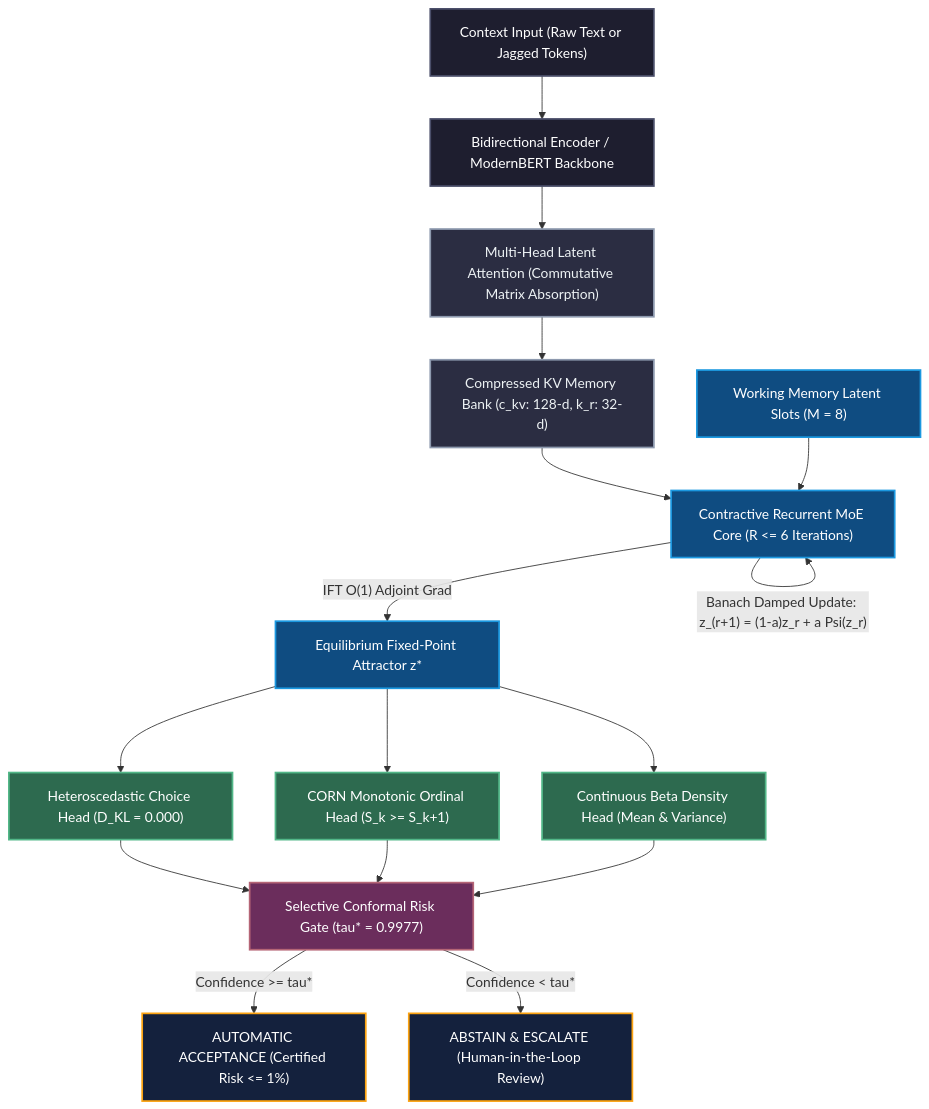
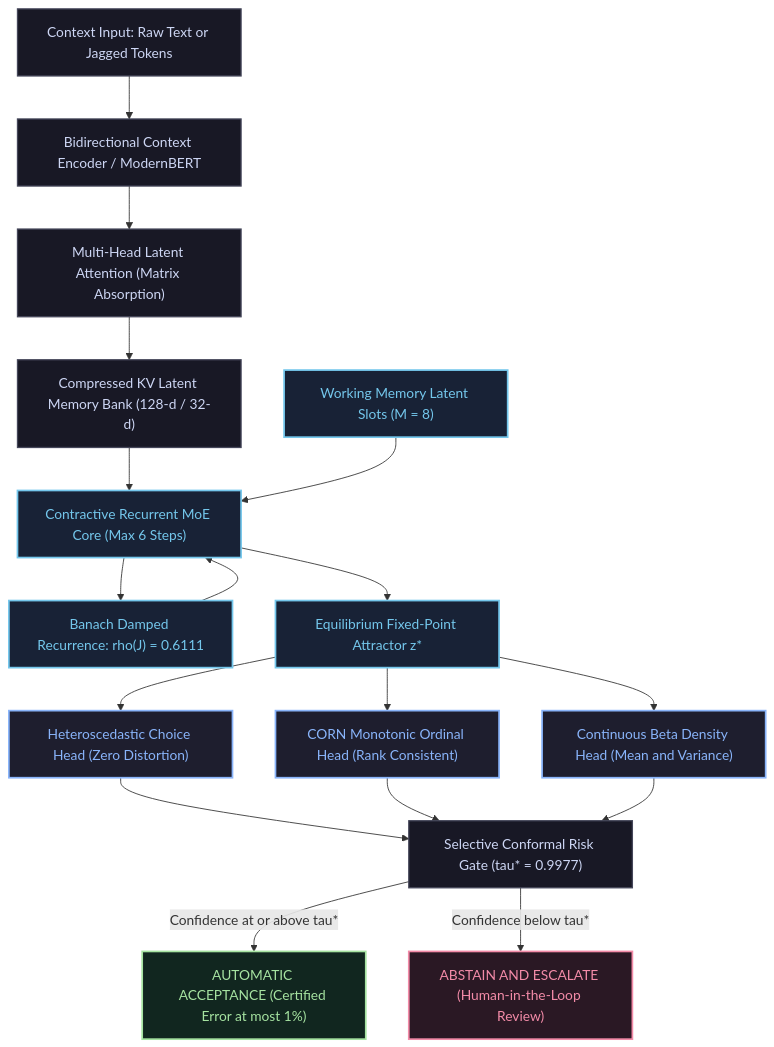
Before and after one commit to KanavjeetS/Equilibrium-Latent-MoE-Decision-Engine-ELMDE-: the diagram in README.md, drawn with Mermaid.

Commit message:
fix(docs): Resolve GitHub Mermaid rendering error by sanitizing operators and multibranch edges

````diff
--- a/README.md
+++ b/README.md
@@ -37,27 +37,36 @@
 ```mermaid
 flowchart TD
-    classDef inputStyle fill:#1e1e2f,stroke:#4a4e69,stroke-width:2px,color:#fff;
-    classDef mlaStyle fill:#2b2d42,stroke:#8d99ae,stroke-width:2px,color:#edf2f4;
-    classDef coreStyle fill:#0f4c81,stroke:#1b98e0,stroke-width:2px,color:#fff;
-    classDef headStyle fill:#2d6a4f,stroke:#52b788,stroke-width:2px,color:#fff;
-    classDef gateStyle fill:#6b2d5c,stroke:#b56576,stroke-width:2px,color:#fff;
-    classDef outStyle fill:#14213d,stroke:#fca311,stroke-width:2px,color:#fff;
+    In["Context Input: Raw Text or Jagged Tokens"] --> Enc["Bidirectional Context Encoder / ModernBERT"]
+    Enc --> MLA["Multi-Head Latent Attention (Matrix Absorption)"]
+    MLA --> Bank["Compressed KV Latent Memory Bank (128-d / 32-d)"]
+    
+    Bank --> Core["Contractive Recurrent MoE Core (Max 6 Steps)"]
+    Slots["Working Memory Latent Slots (M = 8)"] --> Core
+    Core --> Recur["Banach Damped Recurrence: rho(J) = 0.6111"]
+    Recur --> Core
+    Core --> ZStar["Equilibrium Fixed-Point Attractor z*"]
+    
+    ZStar --> H1["Heteroscedastic Choice Head (Zero Distortion)"]
+    ZStar --> H2["CORN Monotonic Ordinal Head (Rank Consistent)"]
+    ZStar --> H3["Continuous Beta Density Head (Mean and Variance)"]
+    
+    H1 --> Gate["Selective Conformal Risk Gate (tau* = 0.9977)"]
+    H2 --> Gate
+    H3 --> Gate
+    
+    Gate -->|"Confidence at or above tau*"| Acc["AUTOMATIC ACCEPTANCE (Certified Error at most 1%)"]
+    Gate -->|"Confidence below tau*"| Esc["ABSTAIN AND ESCALATE (Human-in-the-Loop Review)"]
 
-    In["Context Input (Raw Text or Jagged Tokens)"]:::inputStyle --> Enc["Bidirectional Encoder / ModernBERT Backbone"]:::inputStyle
-    Enc --> MLA["Multi-Head Latent Attention (Commutative Matrix Absorption)"]:::mlaStyle
-    MLA --> Bank["Compressed KV Memory Bank (c_kv: 128-d, k_r: 32-d)"]:::mlaStyle
-    
-    Bank --> Core["Contractive Recurrent MoE Core (R <= 6 Iterations)"]:::coreStyle
-    Slots["Working Memory Latent Slots (M = 8)"]:::coreStyle --> Core
-    Core -->|"Banach Damped Update: z_(r+1) = (1-a)z_r + a Psi(z_r)"| Core
-    Core -->|"IFT O(1) Adjoint Grad"| ZStar["Equilibrium Fixed-Point Attractor z*"]:::coreStyle
-    
-    ZStar --> H1["Heteroscedastic Choice Head (D_KL = 0.000)"]:::headStyle
-    ZStar --> H2["CORN Monotonic Ordinal Head (S_k >= S_k+1)"]:::headStyle
-    ZStar --> H3["Continuous Beta Density Head (Mean & Variance)"]:::headStyle
-    
-    H1 & H2 & H3 --> Gate["Selective Conformal Risk Gate (tau* = 0.9977)"]:::gateStyle
-    
-    Gate -->|"Confidence >= tau*"| Acc["AUTOMATIC ACCEPTANCE (Certified Risk <= 1%)"]:::outStyle
-    Gate -->|"Confidence < tau*"| Esc["ABSTAIN & ESCALATE (Human-in-the-Loop Review)"]:::outStyle
+    classDef default fill:#181825,stroke:#45475a,stroke-width:1.5px,color:#cdd6f4;
+    classDef highlight fill:#1e1e2e,stroke:#89b4fa,stroke-width:2px,color:#89b4fa;
+    classDef accept fill:#11261f,stroke:#a6e3a1,stroke-width:2px,color:#a6e3a1;
+    classDef escalate fill:#2a1824,stroke:#f38ba8,stroke-width:2px,color:#f38ba8;
+    classDef core fill:#182236,stroke:#74c7ec,stroke-width:2px,color:#74c7ec;
+
+    class In,Enc,MLA,Bank default;
+    class Core,Slots,Recur,ZStar core;
+    class H1,H2,H3 highlight;
+    class Gate default;
+    class Acc accept;
+    class Esc escalate;
 ```
````
